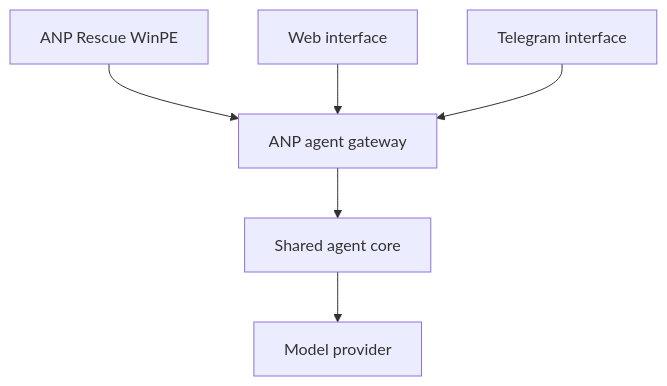
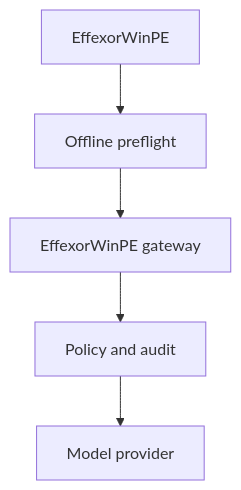
The diagram in docs/architecture.md (effexorxruser/EffexorWinPE), drawn with Mermaid before and after one commit. The commit also changed other lines of this file and 31 other files, not shown here.

First line of the commit message:
Add the EffexorWinPE diagnostic agent preflight (#3)

````diff
--- a/docs/architecture.md
+++ b/docs/architecture.md
@@ -7,8 +7,7 @@
 ```mermaid
 flowchart TD
-    PE["ANP Rescue WinPE"] --> GW["ANP agent gateway"]
-    WEB["Web interface"] --> GW
-    TG["Telegram interface"] --> GW
-    GW --> CORE["Shared agent core"]
-    CORE --> LLM["Model provider"]
+    PE["EffexorWinPE"] --> PRE["Offline preflight"]
+    PRE --> GW["EffexorWinPE gateway"]
+    GW --> POLICY["Policy and audit"]
+    POLICY --> LLM["Model provider"]
 ```
````
